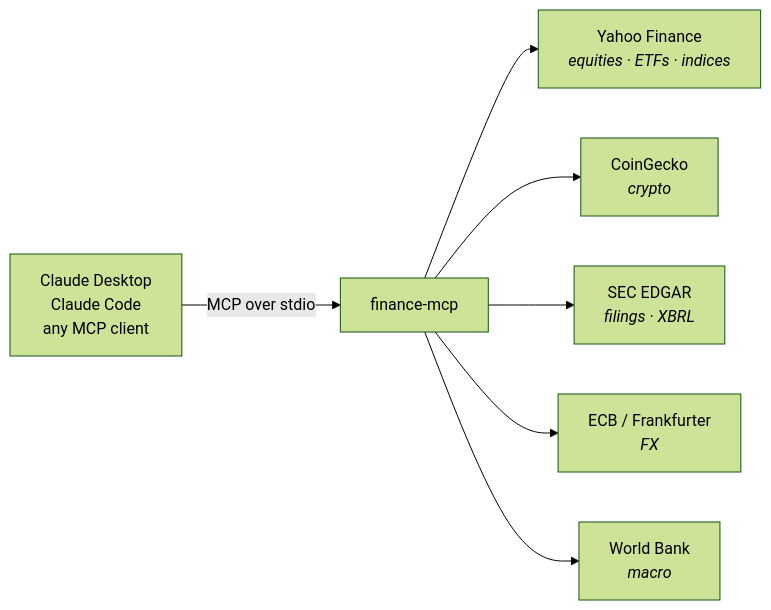
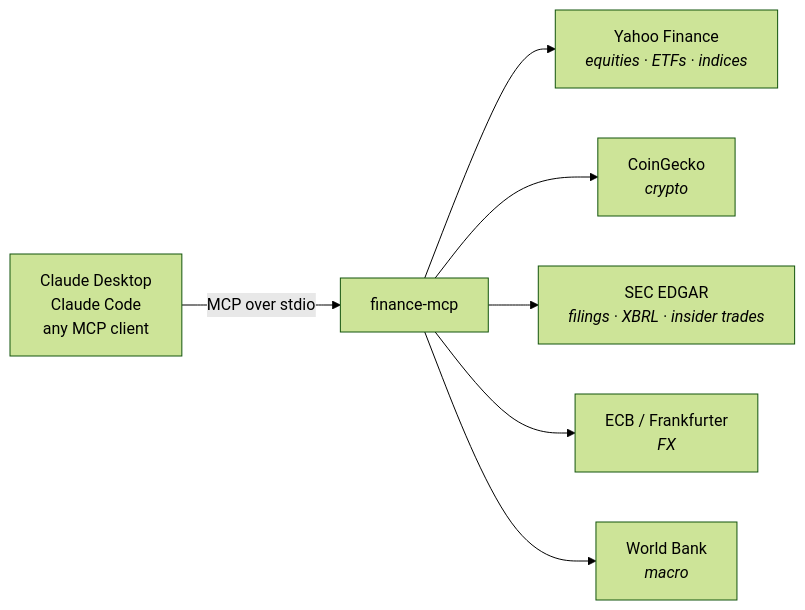
The diagram in README.md (adididitagain/finance-mcp), drawn with Mermaid (forest theme) before and after one commit. The commit also changed other lines of this file and 9 other files, not shown here.

````diff
--- a/README.md
+++ b/README.md
@@ -45,9 +74,9 @@
 ```mermaid
 flowchart LR
     A["Claude Desktop<br/>Claude Code<br/>any MCP client"] -->|MCP over stdio| B["finance-mcp"]
     B --> C["Yahoo Finance<br/><i>equities · ETFs · indices</i>"]
     B --> D["CoinGecko<br/><i>crypto</i>"]
-    B --> E["SEC EDGAR<br/><i>filings · XBRL</i>"]
+    B --> E["SEC EDGAR<br/><i>filings · XBRL · insider trades</i>"]
     B --> F["ECB / Frankfurter<br/><i>FX</i>"]
     B --> G["World Bank<br/><i>macro</i>"]
 ```
````
